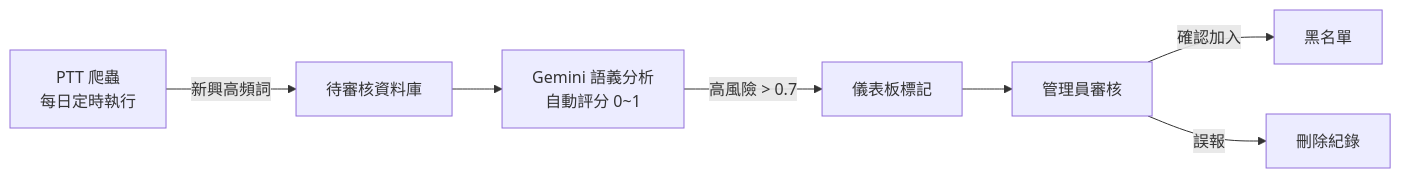
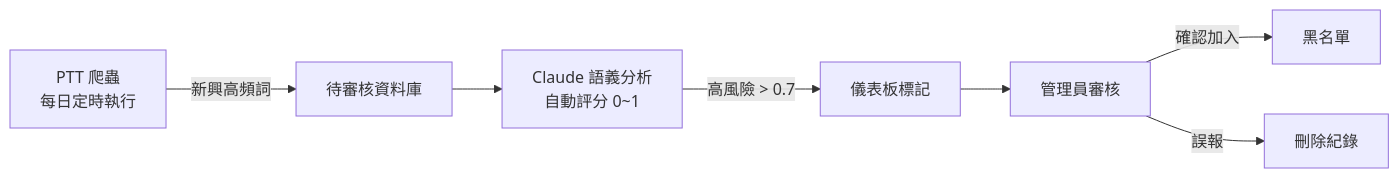
The third of 3 diagrams in README.md (erwin50331/Pebbles-Shield), drawn with Mermaid before and after one commit. The commit also changed other lines of this file and 3 other files, not shown here.

````diff
--- a/README.md
+++ b/README.md
@@ -87,9 +87,9 @@
 ```mermaid
 flowchart LR
     PTT[PTT 爬蟲\n每日定時執行] --> |新興高頻詞| PENDING[待審核資料庫]
-    PENDING --> AI[Gemini 語義分析\n自動評分 0~1]
+    PENDING --> AI[Claude 語義分析\n自動評分 0~1]
     AI --> |高風險 > 0.7| ALERT[儀表板標記]
     ALERT --> ADMIN[管理員審核]
     ADMIN --> |確認加入| BL[黑名單]
     ADMIN --> |誤報| DEL2[刪除紀錄]
 ```
````
